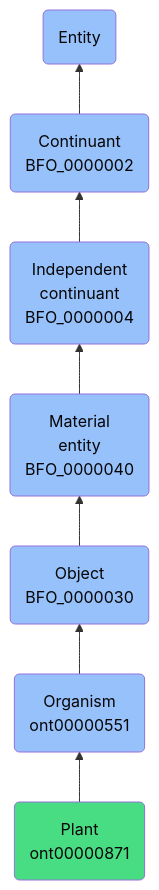
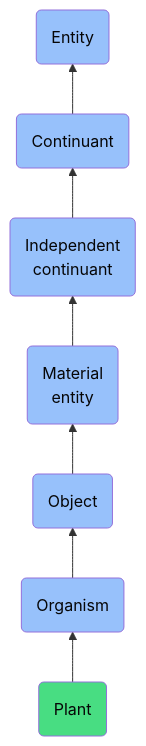
The diagram in docs/ontology/reference/model/Entity/Continuant/Independent continuant/Material entity/Object/Organism/Plant/Plant.md (jupyter-naas/abi), drawn with Mermaid before and after one commit. The commit also changed other lines of this file and 1430 other files, not shown here.

````diff
--- a/docs/ontology/reference/model/Entity/Continuant/Independent continuant/Material entity/Object/Organism/Plant/Plant.md
+++ b/docs/ontology/reference/model/Entity/Continuant/Independent continuant/Material entity/Object/Organism/Plant/Plant.md
@@ -24,14 +24,14 @@
 ```mermaid
 graph BT
-    ont00000871(Plant<br>ont00000871):::ABI-->ont00000551
-    ont00000551(Organism<br>ont00000551):::BFO-->BFO_0000030
-    BFO_0000030(Object<br>BFO_0000030):::BFO-->BFO_0000040
-    BFO_0000040(Material<br>entity<br>BFO_0000040):::BFO-->BFO_0000004
-    BFO_0000004(Independent<br>continuant<br>BFO_0000004):::BFO-->BFO_0000002
-    BFO_0000002(Continuant<br>BFO_0000002):::BFO-->BFO_0000001
+    ont00000871(Plant):::ABI-->ont00000551
+    ont00000551(Organism):::BFO-->BFO_0000030
+    BFO_0000030(Object):::BFO-->BFO_0000040
+    BFO_0000040(Material<br>entity):::BFO-->BFO_0000004
+    BFO_0000004(Independent<br>continuant):::BFO-->BFO_0000002
+    BFO_0000002(Continuant):::BFO-->BFO_0000001
     BFO_0000001(Entity):::BFO
     
     classDef BFO fill:#97c1fb,color:#060606
     classDef CCO fill:#e4c51e,color:#060606
     classDef ABI fill:#48DD82,color:#060606
 ```
````
